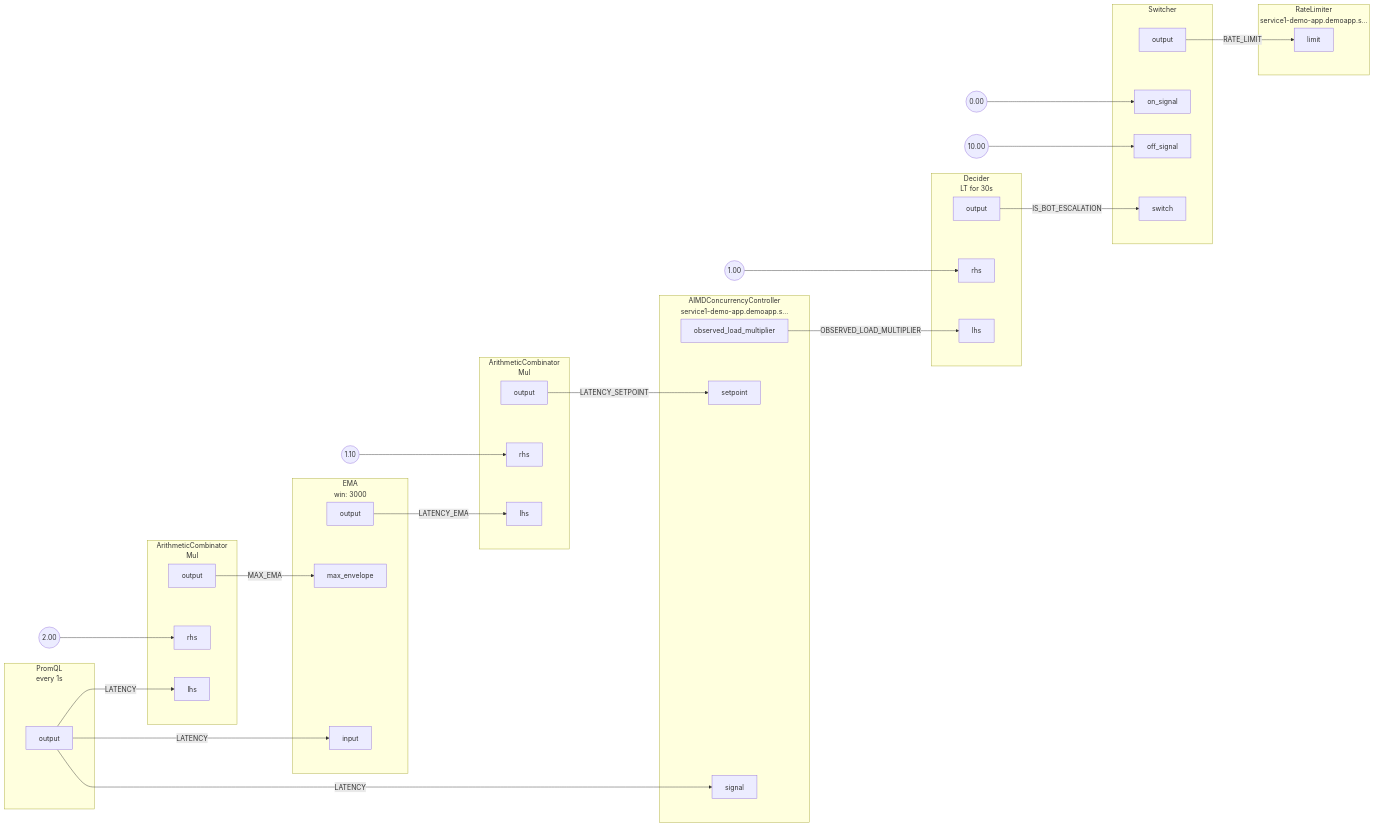
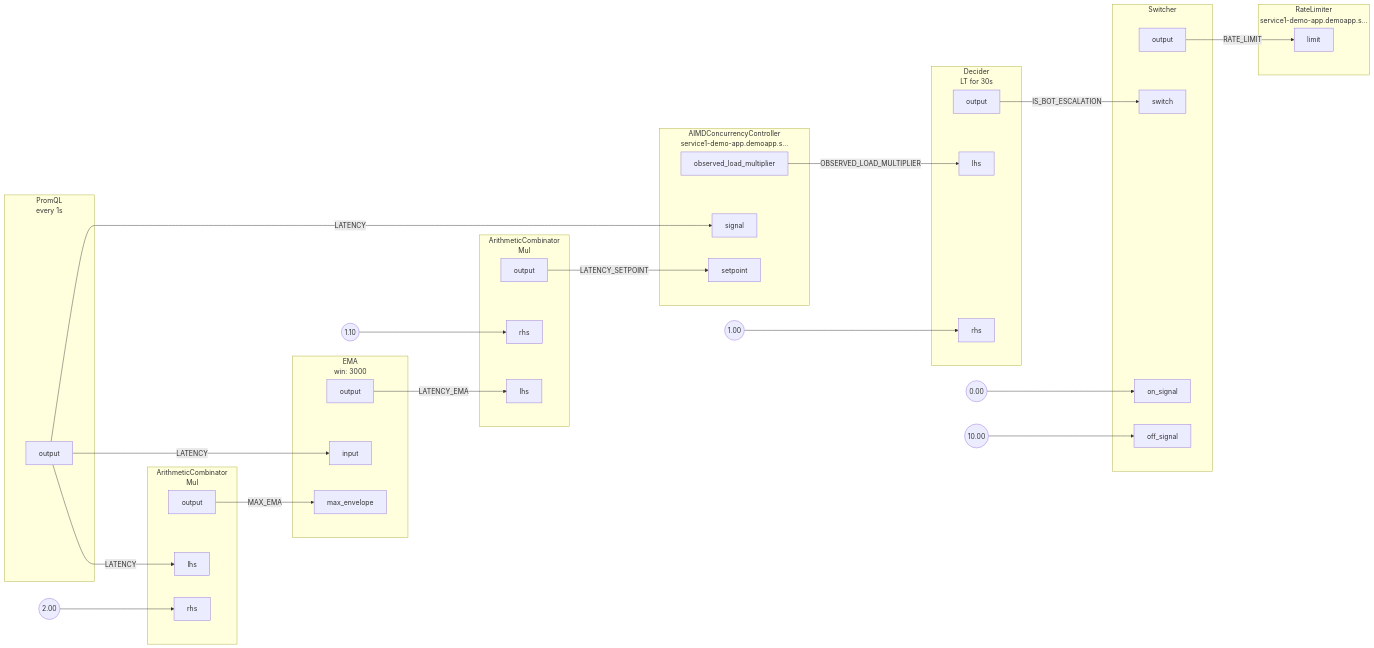
Before and after one commit to dataongunlaws/aperture: the diagram in docs/content/tutorials/integrations/flow-control/concurrency-limiting/assets/rate-limiting-escalation/rate-limiting-escalation.mmd, drawn with Mermaid. The commit also changed other lines of this file and 76 other files, not shown here.

```diff
--- a/docs/content/tutorials/integrations/flow-control/concurrency-limiting/assets/rate-limiting-escalation/rate-limiting-escalation.mmd
+++ b/docs/content/tutorials/integrations/flow-control/concurrency-limiting/assets/rate-limiting-escalation/rate-limiting-escalation.mmd
@@ -1,99 +1,99 @@
 flowchart LR
 subgraph root.0[<center>PromQL<br/>every 1s</center>]
 subgraph root.0_outports[ ]
 style root.0_outports fill:none,stroke:none
 root.0output[output]
 end
 end
 FakeConstant0((2.00))
 FakeConstant0 --> root.1rhs
 subgraph root.1[<center>ArithmeticCombinator<br/>Mul</center>]
 subgraph root.1_inports[ ]
 style root.1_inports fill:none,stroke:none
+root.1lhs[lhs]
 root.1rhs[rhs]
-root.1lhs[lhs]
 end
 subgraph root.1_outports[ ]
 style root.1_outports fill:none,stroke:none
 root.1output[output]
 end
 end
 FakeConstant1((1.10))
 FakeConstant1 --> root.2rhs
 subgraph root.2[<center>ArithmeticCombinator<br/>Mul</center>]
 subgraph root.2_inports[ ]
 style root.2_inports fill:none,stroke:none
 root.2lhs[lhs]
 root.2rhs[rhs]
 end
 subgraph root.2_outports[ ]
 style root.2_outports fill:none,stroke:none
 root.2output[output]
 end
 end
 subgraph root.3[<center>EMA<br/>win: 3000</center>]
 subgraph root.3_inports[ ]
 style root.3_inports fill:none,stroke:none
+root.3input[input]
 root.3max_envelope[max_envelope]
-root.3input[input]
 end
 subgraph root.3_outports[ ]
 style root.3_outports fill:none,stroke:none
 root.3output[output]
 end
 end
 subgraph root.4[<center>AIMDConcurrencyController<br/>service1-demo-app.demoapp.s...</center>]
 subgraph root.4_inports[ ]
 style root.4_inports fill:none,stroke:none
 root.4setpoint[setpoint]
 root.4signal[signal]
 end
 subgraph root.4_outports[ ]
 style root.4_outports fill:none,stroke:none
 root.4observed_load_multiplier[observed_load_multiplier]
 end
 end
 FakeConstant2((1.00))
 FakeConstant2 --> root.5rhs
 subgraph root.5[<center>Decider<br/>LT for 30s</center>]
 subgraph root.5_inports[ ]
 style root.5_inports fill:none,stroke:none
+root.5rhs[rhs]
 root.5lhs[lhs]
-root.5rhs[rhs]
 end
 subgraph root.5_outports[ ]
 style root.5_outports fill:none,stroke:none
 root.5output[output]
 end
 end
 FakeConstant3((0.00))
 FakeConstant3 --> root.6on_signal
 FakeConstant4((10.00))
 FakeConstant4 --> root.6off_signal
 subgraph root.6[Switcher]
 subgraph root.6_inports[ ]
 style root.6_inports fill:none,stroke:none
-root.6switch[switch]
 root.6on_signal[on_signal]
 root.6off_signal[off_signal]
+root.6switch[switch]
 end
 subgraph root.6_outports[ ]
 style root.6_outports fill:none,stroke:none
 root.6output[output]
 end
 end
 subgraph root.7[<center>RateLimiter<br/>service1-demo-app.demoapp.s...</center>]
 subgraph root.7_inports[ ]
 style root.7_inports fill:none,stroke:none
 root.7limit[limit]
 end
 end
 root.5output --> |IS_BOT_ESCALATION| root.6switch
+root.2output --> |LATENCY_SETPOINT| root.4setpoint
 root.1output --> |MAX_EMA| root.3max_envelope
-root.2output --> |LATENCY_SETPOINT| root.4setpoint
 root.3output --> |LATENCY_EMA| root.2lhs
 root.4observed_load_multiplier --> |OBSERVED_LOAD_MULTIPLIER| root.5lhs
 root.6output --> |RATE_LIMIT| root.7limit
 root.0output --> |LATENCY| root.1lhs
 root.0output --> |LATENCY| root.3input
 root.0output --> |LATENCY| root.4signal
```
